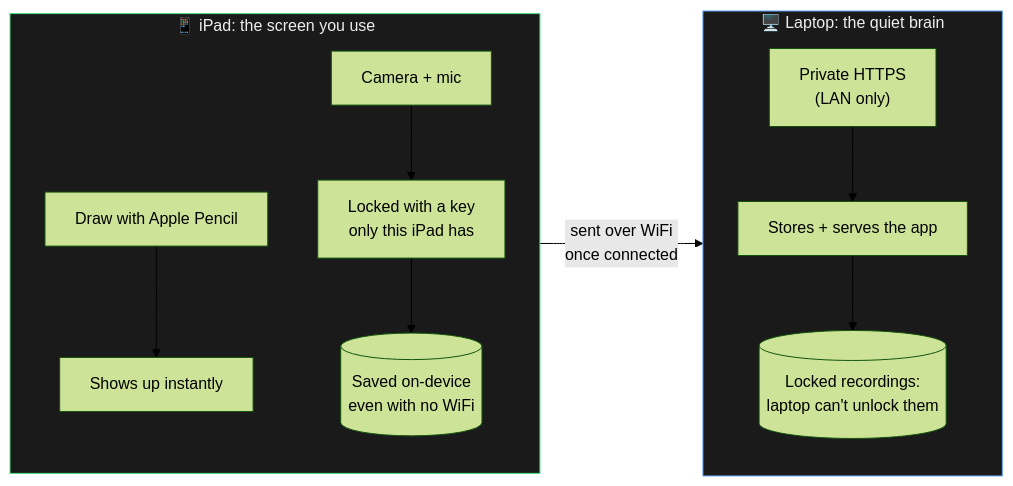
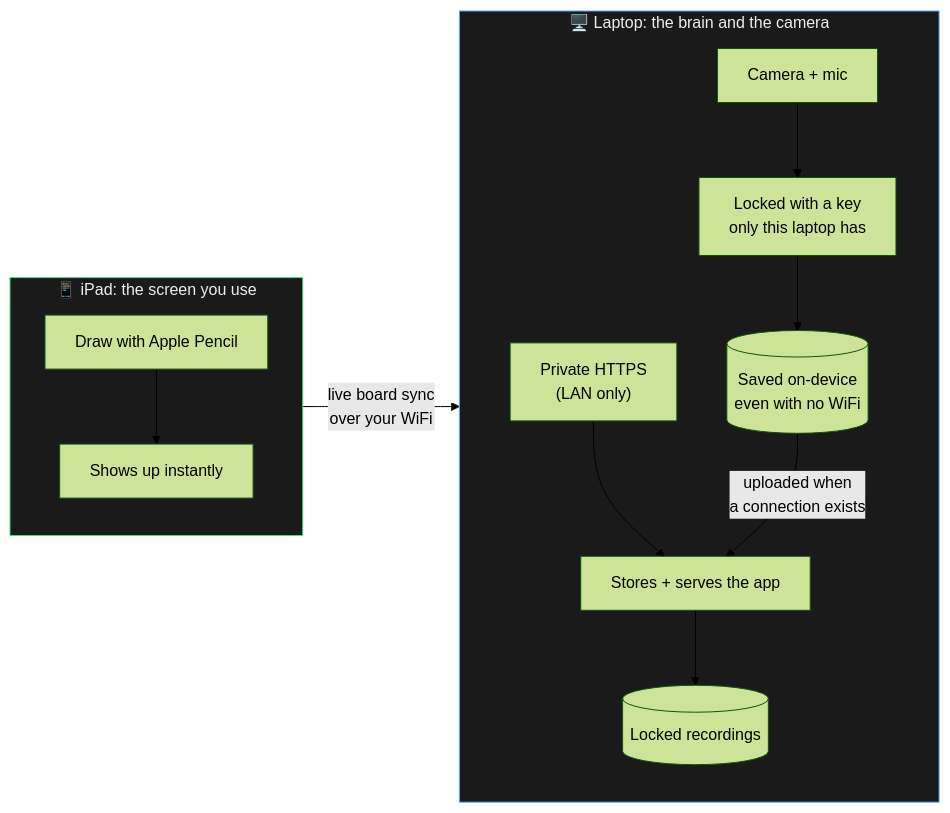
The diagram in README.md (KevinTrinhDev/inkboard), drawn with Mermaid (forest theme) before and after one commit. The commit also changed other lines of this file and 10 other files, not shown here.

````diff
--- a/README.md
+++ b/README.md
@@ -35,22 +89,23 @@
 ```mermaid
 flowchart LR
     subgraph iPad["📱 iPad: the screen you use"]
         direction TB
         pencil["Draw with Apple Pencil"] --> canvas["Shows up instantly"]
-        cam["Camera + mic"] --> lock["Locked with a key<br/>only this iPad has"]
-        lock --> queue[("Saved on-device<br/>even with no WiFi")]
     end
 
-    subgraph xps["🖥️ Laptop: the quiet brain"]
+    subgraph xps["🖥️ Laptop: the brain and the camera"]
         direction TB
+        cam["Camera + mic"] --> lock["Locked with a key<br/>only this laptop has"]
+        lock --> queue[("Saved on-device<br/>even with no WiFi")]
         caddy["Private HTTPS<br/>(LAN only)"] --> server["Stores + serves the app"]
-        server --> disk[("Locked recordings:<br/>laptop can't unlock them")]
+        server --> disk[("Locked recordings")]
     end
 
-    queue -->|"sent over WiFi<br/>once connected"| caddy
+    canvas -->|"live board sync<br/>over your WiFi"| caddy
+    queue -->|"uploaded when<br/>a connection exists"| server
 
     classDef device fill:#1a1a1a,stroke:#4ade80,color:#eee
     classDef server fill:#1a1a1a,stroke:#60a5fa,color:#eee
     class iPad device
     class xps server
 ```
````
